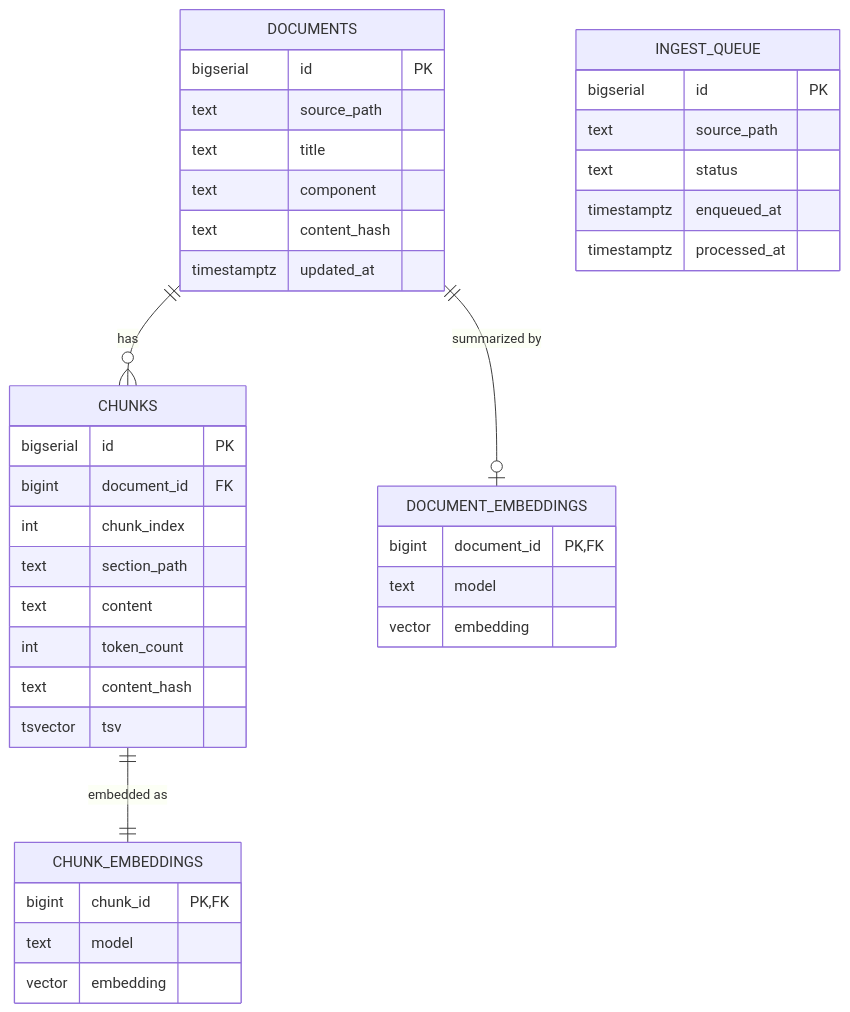
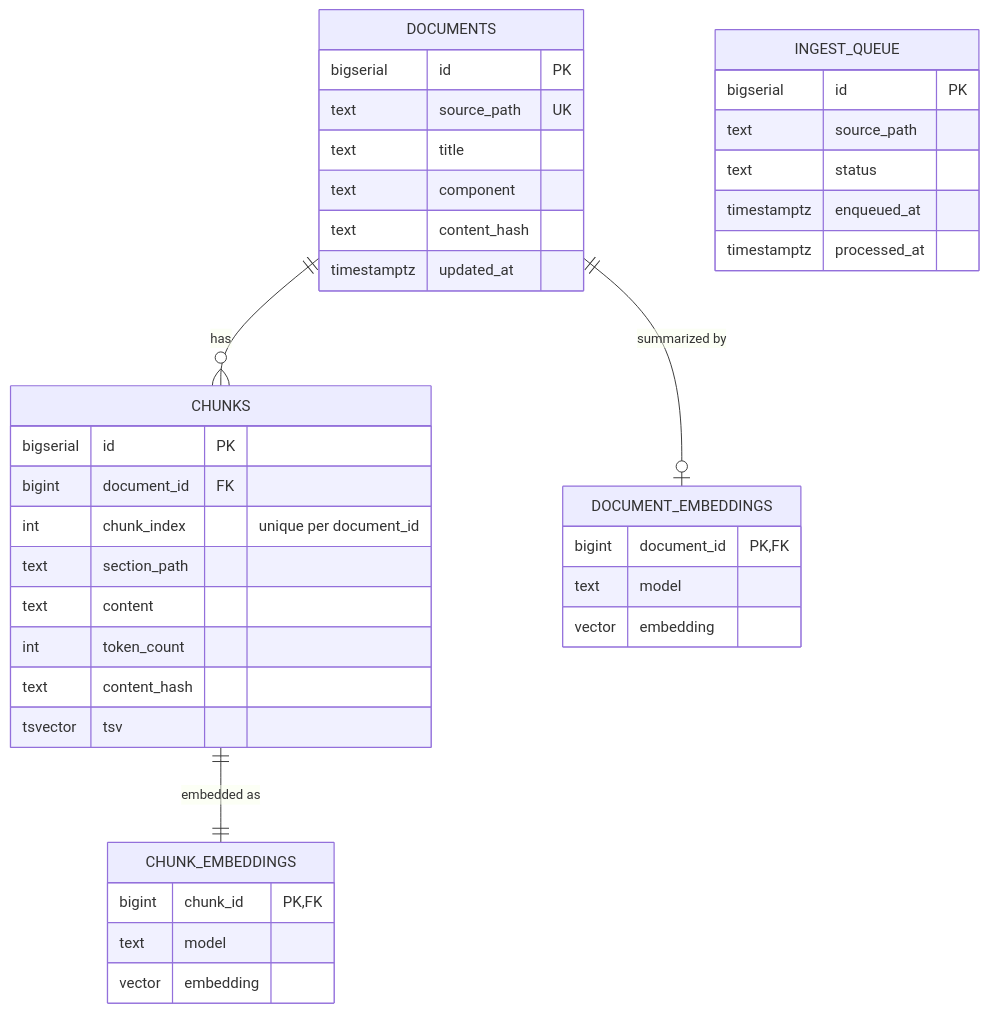
One commit to albertoirurueta/docs changed the diagram in modules/ROOT/pages/database/vector-rag/postgresql-pgvector.adoc. Above: the diagram before and after it, drawn with Mermaid. The commit also changed other lines of this file and 27 other files, not shown here.

```diff
--- a/modules/ROOT/pages/database/vector-rag/postgresql-pgvector.adoc
+++ b/modules/ROOT/pages/database/vector-rag/postgresql-pgvector.adoc
@@ -341,42 +501,42 @@
 [mermaid]
 ....
 erDiagram
     DOCUMENTS ||--o{ CHUNKS : "has"
     DOCUMENTS ||--o| DOCUMENT_EMBEDDINGS : "summarized by"
     CHUNKS ||--|| CHUNK_EMBEDDINGS : "embedded as"
     DOCUMENTS {
         bigserial id PK
-        text source_path
+        text source_path UK
         text title
         text component
         text content_hash
         timestamptz updated_at
     }
     CHUNKS {
         bigserial id PK
         bigint document_id FK
-        int chunk_index
+        int chunk_index "unique per document_id"
         text section_path
         text content
         int token_count
         text content_hash
         tsvector tsv
     }
     CHUNK_EMBEDDINGS {
         bigint chunk_id PK, FK
         text model
         vector embedding
     }
     DOCUMENT_EMBEDDINGS {
         bigint document_id PK, FK
         text model
         vector embedding
     }
     INGEST_QUEUE {
         bigserial id PK
         text source_path
         text status
         timestamptz enqueued_at
         timestamptz processed_at
     }
 ....
```
